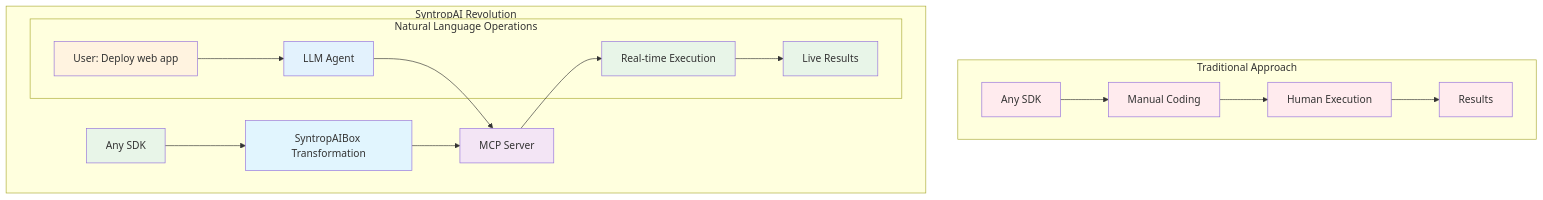
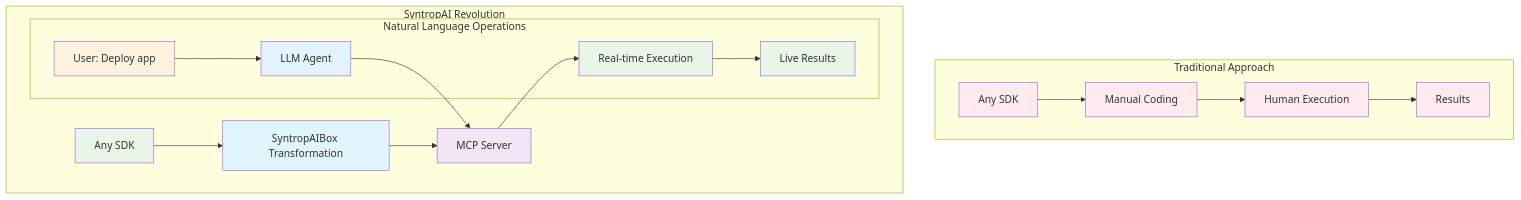
One commit to paihari/documentation-syntropai changed the first of 5 diagrams in README.md. Above: the diagram before and after it, drawn with Mermaid.

````diff
--- a/README.md
+++ b/README.md
@@ -7,37 +7,37 @@
 ```mermaid
 graph TB
     subgraph "Traditional Approach"
         T1[Any SDK] --> T2[Manual Coding]
         T2 --> T3[Human Execution]
         T3 --> T4[Results]
         style T1 fill:#ffebee
         style T2 fill:#ffebee
         style T3 fill:#ffebee
         style T4 fill:#ffebee
     end
     
     subgraph "SyntropAI Revolution"
         S1[Any SDK] --> S2[SyntropAIBox Transformation]
         S2 --> S3[MCP Server]
         
         subgraph "Natural Language Operations"
-            NL[User: Deploy web app]
+            NL[User: Deploy app]
             AI[LLM Agent]
             EXEC[Real-time Execution]
             RES[Live Results]
         end
         
         NL --> AI
         AI --> S3
         S3 --> EXEC
         EXEC --> RES
         
         style S1 fill:#e8f5e8
         style S2 fill:#e1f5fe
         style S3 fill:#f3e5f5
         style NL fill:#fff3e0
         style AI fill:#e3f2fd
         style EXEC fill:#e8f5e8
         style RES fill:#e8f5e8
     end
 ```
````
